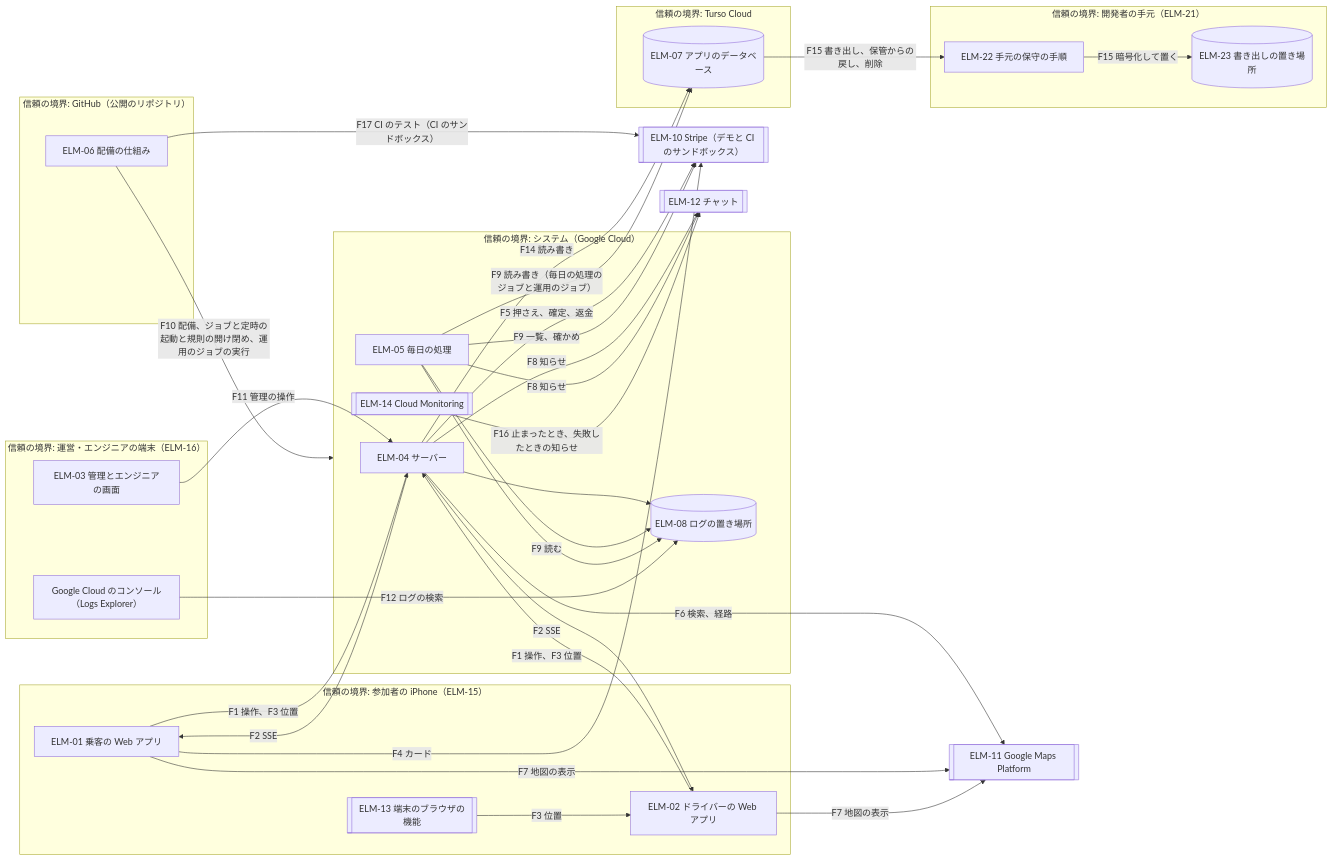
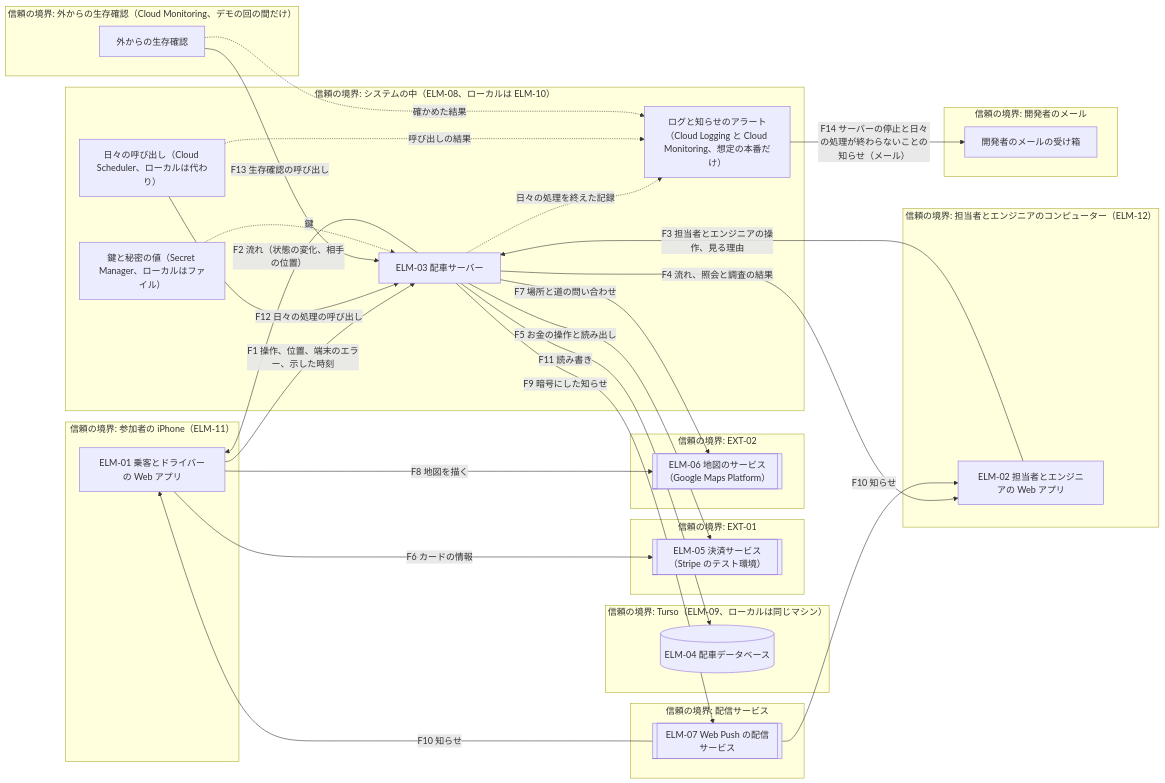
Before and after one commit to Taro000/chain-summary-html: the first of 6 diagrams in skills/design-summary-html/evals/ride-hailing-full/files/docs/design/2-architecture.md, drawn with Mermaid. The commit also changed other lines of this file and 1073 other files, not shown here.

````diff
--- a/skills/design-summary-html/evals/ride-hailing-full/files/docs/design/2-architecture.md
+++ b/skills/design-summary-html/evals/ride-hailing-full/files/docs/design/2-architecture.md
@@ -819,56 +309,52 @@
 ```mermaid
 flowchart LR
-  subgraph tdev["信頼の境界: 参加者の iPhone（ELM-15）"]
-    pa["ELM-01 乗客の Web アプリ"]
-    da["ELM-02 ドライバーの Web アプリ"]
-    bc[["ELM-13 端末のブラウザの機能"]]
+  subgraph zphone["信頼の境界: 参加者の iPhone（ELM-11）"]
+    app["ELM-01 乗客とドライバーの Web アプリ"]
   end
-  subgraph topd["信頼の境界: 運営・エンジニアの端末（ELM-16）"]
-    bo["ELM-03 管理とエンジニアの画面"]
-    con["Google Cloud のコンソール（Logs Explorer）"]
+  subgraph zpc["信頼の境界: 担当者とエンジニアのコンピューター（ELM-12）"]
+    con["ELM-02 担当者とエンジニアの Web アプリ"]
   end
-  subgraph tsys["信頼の境界: システム（Google Cloud）"]
-    srv["ELM-04 サーバー"]
-    batch["ELM-05 毎日の処理"]
-    logs[("ELM-08 ログの置き場所")]
-    mon[["ELM-14 Cloud Monitoring"]]
+  subgraph zsys["信頼の境界: システムの中（ELM-08、ローカルは ELM-10）"]
+    srv["ELM-03 配車サーバー"]
+    sec["鍵と秘密の値（Secret Manager、ローカルはファイル）"]
+    sch["日々の呼び出し（Cloud Scheduler、ローカルは代わり）"]
+    alert["ログと知らせのアラート（Cloud Logging と Cloud Monitoring、想定の本番だけ）"]
   end
-  subgraph tdb["信頼の境界: Turso Cloud"]
-    db[("ELM-07 アプリのデータベース")]
+  subgraph zdb["信頼の境界: Turso（ELM-09、ローカルは同じマシン）"]
+    db[("ELM-04 配車データベース")]
   end
-  subgraph tgh["信頼の境界: GitHub（公開のリポジトリ）"]
-    ci["ELM-06 配備の仕組み"]
+  subgraph zpay["信頼の境界: EXT-01"]
+    pay[["ELM-05 決済サービス（Stripe のテスト環境）"]]
   end
-  subgraph tloc["信頼の境界: 開発者の手元（ELM-21）"]
-    maint["ELM-22 手元の保守の手順"]
-    exp[("ELM-23 書き出しの置き場所")]
+  subgraph zmap["信頼の境界: EXT-02"]
+    map[["ELM-06 地図のサービス（Google Maps Platform）"]]
   end
-  stripe[["ELM-10 Stripe（デモと CI のサンドボックス）"]]
-  maps[["ELM-11 Google Maps Platform"]]
-  chat[["ELM-12 チャット"]]
-  bc -->|"F3 位置"| da
-  pa -->|"F1 操作、F3 位置"| srv
-  da -->|"F1 操作、F3 位置"| srv
-  srv -->|"F2 SSE"| pa
-  srv -->|"F2 SSE"| da
-  bo -->|"F11 管理の操作"| srv
-  pa -->|"F4 カード"| stripe
-  srv -->|"F5 押さえ、確定、返金"| stripe
-  srv -->|"F6 検索、経路"| maps
-  pa -->|"F7 地図の表示"| maps
-  da -->|"F7 地図の表示"| maps
-  srv -->|"F8 知らせ"| chat
-  srv -->|"F14 読み書き"| db
-  srv --> logs
-  batch -->|"F9 読み書き（毎日の処理のジョブと運用のジョブ）"| db
-  batch -->|"F9 一覧、確かめ"| stripe
-  batch -->|"F9 読む"| logs
-  batch --> logs
-  batch -->|"F8 知らせ"| chat
-  mon -->|"F16 止まったとき、失敗したときの知らせ"| chat
-  con -->|"F12 ログの検索"| logs
-  ci -->|"F10 配備、ジョブと定時の起動と規則の開け閉め、運用のジョブの実行"| tsys
-  ci -->|"F17 CI のテスト（CI のサンドボックス）"| stripe
-  db -->|"F15 書き出し、保管からの戻し、削除"| maint
-  maint -->|"F15 暗号化して置く"| exp
+  subgraph zpush["信頼の境界: 配信サービス"]
+    push[["ELM-07 Web Push の配信サービス"]]
+  end
+  subgraph zmon["信頼の境界: 外からの生存確認（Cloud Monitoring、デモの回の間だけ）"]
+    mon["外からの生存確認"]
+  end
+  subgraph zmail["信頼の境界: 開発者のメール"]
+    mail["開発者のメールの受け箱"]
+  end
+  app -->|F1 操作、位置、端末のエラー、示した時刻| srv
+  srv -->|F2 流れ（状態の変化、相手の位置）| app
+  con -->|F3 担当者とエンジニアの操作、見る理由| srv
+  srv -->|F4 流れ、照会と調査の結果| con
+  srv -->|F5 お金の操作と読み出し| pay
+  app -->|F6 カードの情報| pay
+  srv -->|F7 場所と道の問い合わせ| map
+  app -->|F8 地図を描く| map
+  srv -->|F9 暗号にした知らせ| push
+  push -->|F10 知らせ| app
+  push -->|F10 知らせ| con
+  srv -->|F11 読み書き| db
+  sch -->|F12 日々の処理の呼び出し| srv
+  mon -->|F13 生存確認の呼び出し| srv
+  sec -.->|鍵| srv
+  srv -.->|日々の処理を終えた記録| alert
+  sch -.->|呼び出しの結果| alert
+  mon -.->|確かめた結果| alert
+  alert -->|F14 サーバーの停止と日々の処理が終わらないことの知らせ（メール）| mail
 ```
````
